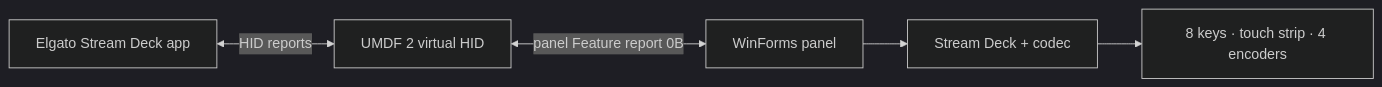
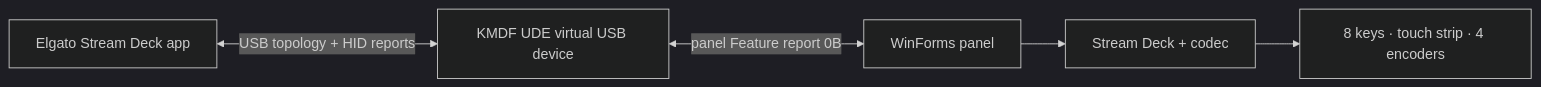
The diagram in README.en.md (Nekit678/MirageDeck), drawn with Mermaid (dark theme) before and after one commit. The commit also changed other lines of this file and 17 other files, not shown here.

Commit message:
Emulate Stream Deck Plus as USB device

````diff
--- a/README.en.md
+++ b/README.en.md
@@ -79,7 +85,7 @@
 ```mermaid
 flowchart LR
-    APP[Elgato Stream Deck app] <-->|HID reports| DRV[UMDF 2 virtual HID]
+    APP[Elgato Stream Deck app] <-->|USB topology + HID reports| DRV[KMDF UDE virtual USB device]
     DRV <-->|panel Feature report 0B| PANEL[WinForms panel]
     PANEL --> CORE[Stream Deck + codec]
     CORE --> UI[8 keys · touch strip · 4 encoders]
 ```
````
